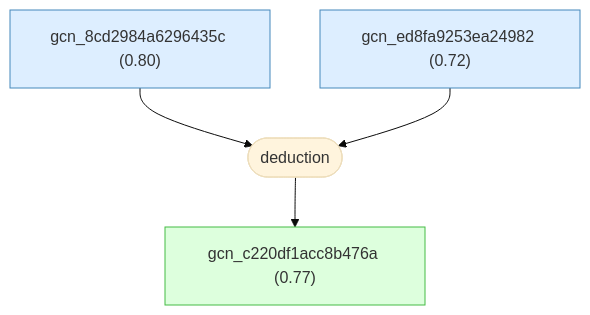
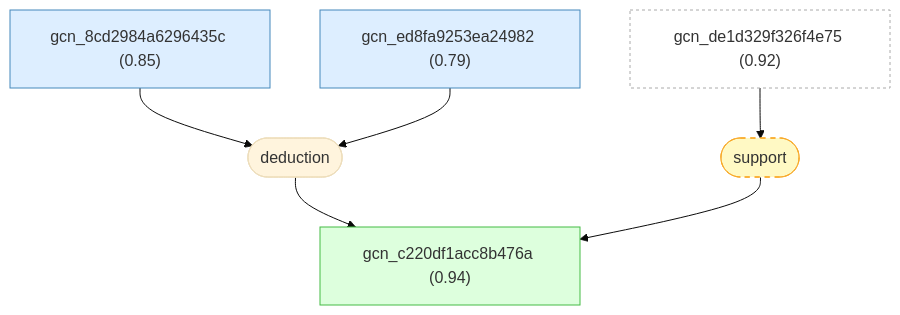
Before and after one commit to Callo42/tbg-magic-angle-gaia: the seventh of 10 diagrams in docs/detailed-reasoning.md, drawn with Mermaid (base theme). The commit also changed other lines of this file and 50 other files, not shown here.

First line of the commit message:
Regenerate TBG graph from connected root

````diff
--- a/docs/detailed-reasoning.md
+++ b/docs/detailed-reasoning.md
@@ -1217,20 +617,24 @@
 ```mermaid
 graph TD
-    gcn_8cd2984a6296435c["gcn_8cd2984a6296435c (0.80)"]:::premise
-    gcn_ed8fa9253ea24982["gcn_ed8fa9253ea24982 (0.72)"]:::premise
-    gcn_c220df1acc8b476a["gcn_c220df1acc8b476a (0.77)"]:::derived
-    strat_20(["deduction"])
-    gcn_8cd2984a6296435c --> strat_20
-    gcn_ed8fa9253ea24982 --> strat_20
-    strat_20 --> gcn_c220df1acc8b476a
+    gcn_8cd2984a6296435c["gcn_8cd2984a6296435c (0.85)"]:::premise
+    gcn_ed8fa9253ea24982["gcn_ed8fa9253ea24982 (0.79)"]:::premise
+    gcn_c220df1acc8b476a["gcn_c220df1acc8b476a (0.94)"]:::derived
+    gcn_de1d329f326f4e75["gcn_de1d329f326f4e75 (0.92)"]:::external
+    strat_6(["deduction"])
+    gcn_8cd2984a6296435c --> strat_6
+    gcn_ed8fa9253ea24982 --> strat_6
+    strat_6 --> gcn_c220df1acc8b476a
+    strat_16(["support"]):::weak
+    gcn_de1d329f326f4e75 --> strat_16
+    strat_16 --> gcn_c220df1acc8b476a
 
     classDef setting fill:#f0f0f0,stroke:#999,color:#333
     classDef premise fill:#ddeeff,stroke:#4488bb,color:#333
     classDef derived fill:#ddffdd,stroke:#44bb44,color:#333
     classDef question fill:#fff3dd,stroke:#cc9944,color:#333
     classDef background fill:#f5f5f5,stroke:#bbb,stroke-dasharray: 5 5,color:#333
     classDef orphan fill:#fff,stroke:#ccc,stroke-dasharray: 5 5,color:#333
     classDef external fill:#fff,stroke:#aaa,stroke-dasharray: 3 3,color:#333
     classDef weak fill:#fff9c4,stroke:#f9a825,stroke-dasharray: 5 5,color:#333
     classDef contra fill:#ffebee,stroke:#c62828,color:#333
 ```
````
